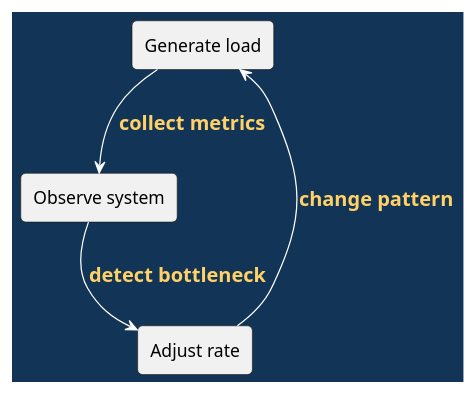
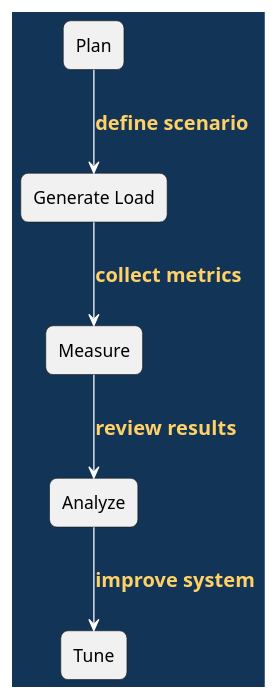
The third of 7 diagrams in doc/lectures/week12/README.slides.adoc (madajaju/CS5254), drawn with PlantUML before and after one commit. The commit also changed other lines of this file and 47 other files, not shown here.

```diff
--- a/doc/lectures/week12/README.slides.adoc
+++ b/doc/lectures/week12/README.slides.adoc
@@ -74,29 +79,28 @@
-[plantuml, load-test-loop, svg, width=100%]
+[plantuml,width=100%]
 ----
 @startuml
-!pragma useBetaStyle true
 skinparam backgroundColor #123456
 skinparam defaultFontColor black
 skinparam ArrowColor white
 skinparam ArrowFontColor #ffd166
 skinparam ArrowFontStyle bold
 skinparam ArrowFontSize 16
 skinparam shadowing false
-skinparam roundcorner 8
-skinparam classBackgroundColor white
-skinparam classBorderColor #123456
-skinparam classFontColor black
-skinparam componentBackgroundColor white
-skinparam componentBorderColor #123456
-skinparam componentFontColor black
-skinparam noteBackgroundColor white
-skinparam noteBorderColor #123456
-skinparam noteFontColor black
-rectangle "Generate load" as G
-rectangle "Observe system" as O
-rectangle "Adjust rate" as A
-G --> O : collect metrics
-O --> A : detect bottleneck
-A --> G : change pattern
+skinparam defaultTextAlignment center
+skinparam roundCorner 12
+skinparam class {
+  BackgroundColor white
+  BorderColor #123456
+  FontColor black
+}
+rectangle "Plan" as P
+rectangle "Generate Load" as G
+rectangle "Measure" as M
+rectangle "Analyze" as A
+rectangle "Tune" as T
+P --> G : define scenario
+G --> M : collect metrics
+M --> A : review results
+A --> T : improve system
 @enduml
 ----
```
